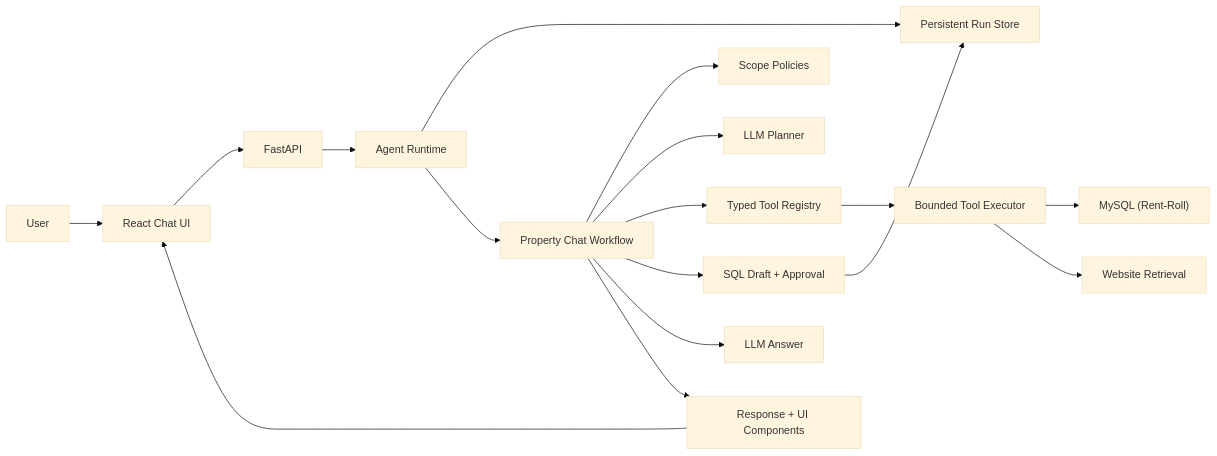
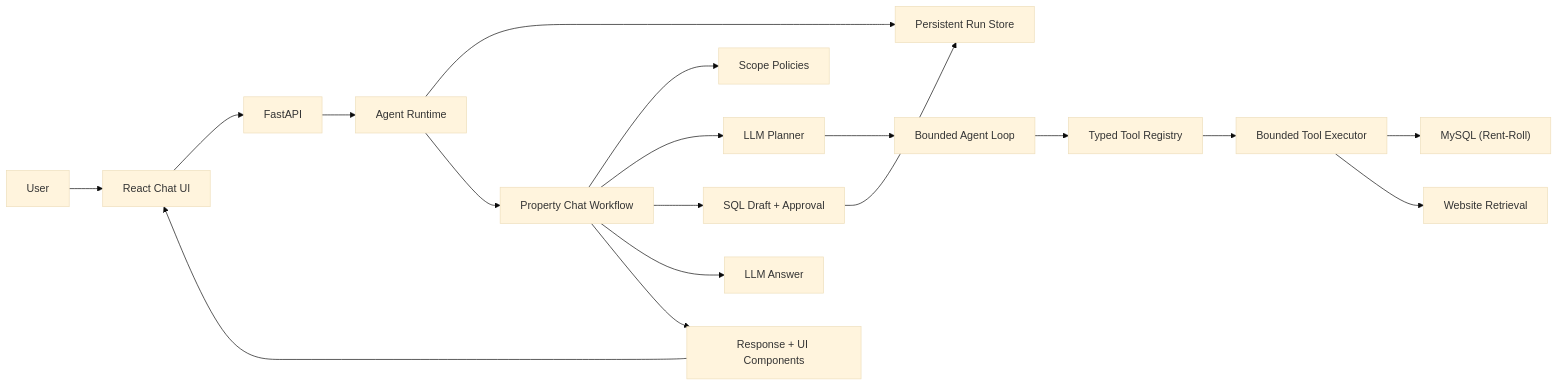
Before and after one commit to nanda1045/Property_Chatbot: the diagram in README.md, drawn with Mermaid (base theme). The commit also changed other lines of this file and 9 other files, not shown here.

Commit message:
Add bounded multi-step agent loop

````diff
--- a/README.md
+++ b/README.md
@@ -262,19 +263,20 @@
 ```mermaid
 flowchart LR
   User["User"] --> UI["React Chat UI"]
   UI --> API["FastAPI"]
   API --> Runtime["Agent Runtime"]
   Runtime --> RunStore["Persistent Run Store"]
   Runtime --> Workflow["Property Chat Workflow"]
   Workflow --> Policies["Scope Policies"]
   Workflow --> Planner["LLM Planner"]
-  Workflow --> Registry["Typed Tool Registry"]
+  Planner --> Loop["Bounded Agent Loop"]
+  Loop --> Registry["Typed Tool Registry"]
   Registry --> Executor["Bounded Tool Executor"]
   Executor --> MySQL["MySQL (Rent-Roll)"]
   Executor --> Retrieval["Website Retrieval"]
   Workflow --> SQLApproval["SQL Draft + Approval"]
   SQLApproval --> RunStore
   Workflow --> LLM["LLM Answer"]
   Workflow --> Response["Response + UI Components"]
   Response --> UI
 ```
````
